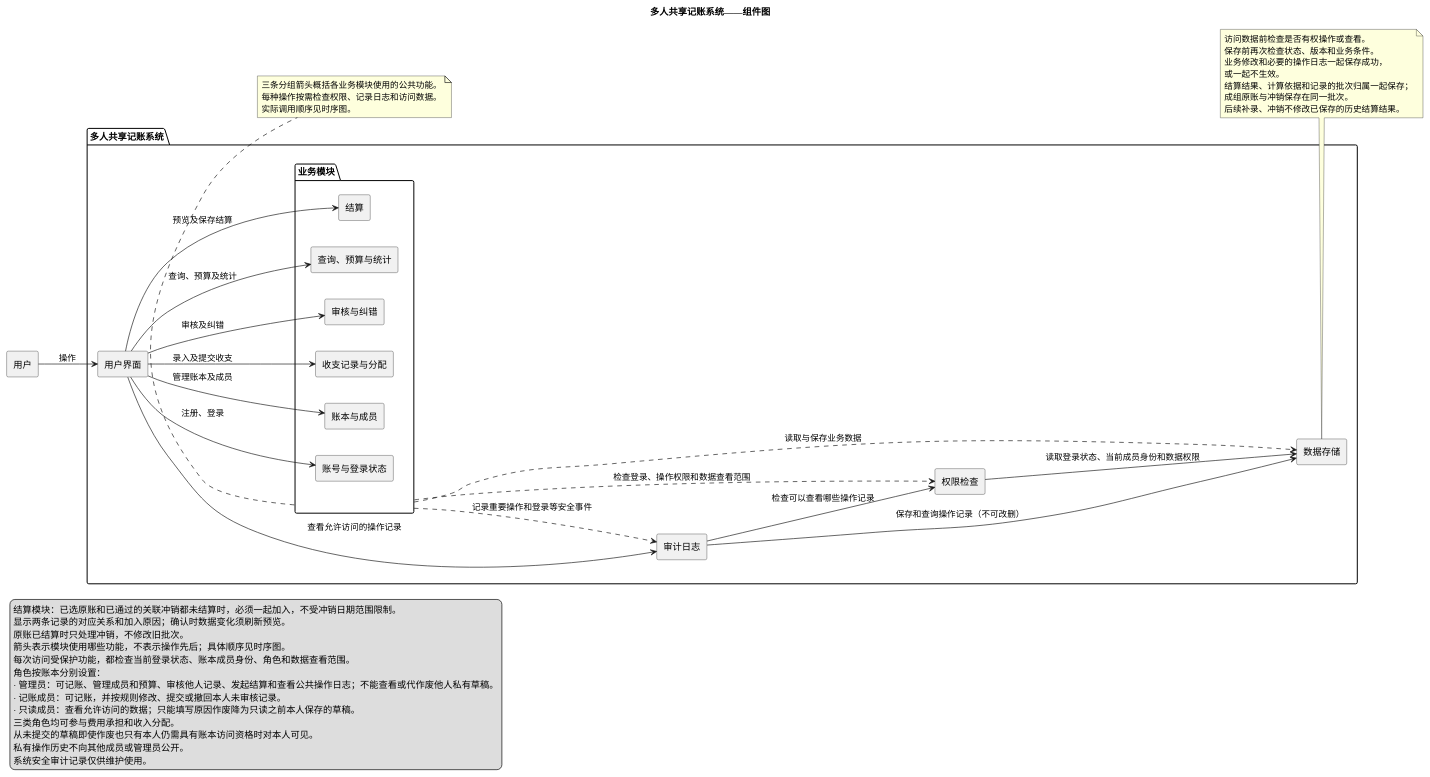
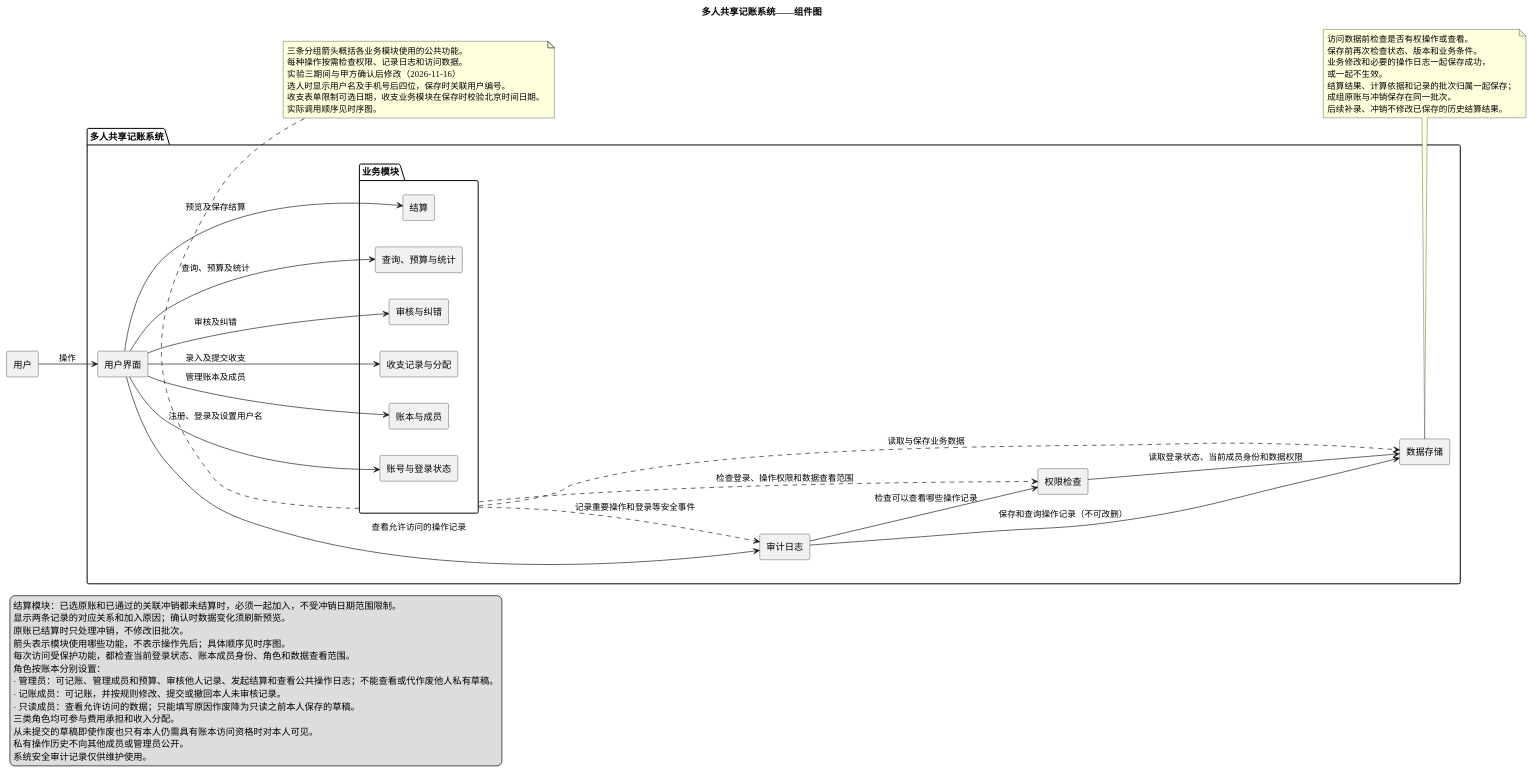
Before and after one commit to catherine0223/software-engineering-lab: the diagram in 实验2/UML/UML组件图.puml, drawn with PlantUML. The commit also changed 8 other files, not shown here.

```diff
--- a/实验2/UML/UML组件图.puml
+++ b/实验2/UML/UML组件图.puml
@@ -1,79 +1,82 @@
 @startuml
 title 多人共享记账系统——组件图
 left to right direction
 skinparam componentStyle rectangle
 skinparam defaultFontName Microsoft YaHei
 skinparam shadowing false
 skinparam nodesep 40
 skinparam ranksep 60
 
 rectangle "用户" as User
 
 package "多人共享记账系统" {
   component "用户界面" as UI
 
   package "业务模块" as Business {
     component "账号与登录状态" as Auth
     component "账本与成员" as Ledger
     component "收支记录与分配" as Entry
     component "审核与纠错" as Review
     component "查询、预算与统计" as Query
     component "结算" as Settlement
   }
 
   component "权限检查" as Permission
   component "审计日志" as Audit
   component "数据存储" as Storage
 }
 
 User --> UI : 操作
-UI --> Auth : 注册、登录
+UI --> Auth : 注册、登录及设置用户名
 UI --> Ledger : 管理账本及成员
 UI --> Entry : 录入及提交收支
 UI --> Review : 审核及纠错
 UI --> Query : 查询、预算及统计
 UI --> Settlement : 预览及保存结算
 UI --> Audit : 查看允许访问的操作记录
 
 Business ..> Permission : 检查登录、操作权限和数据查看范围
 Business ..> Audit : 记录重要操作和登录等安全事件
 Business ..> Storage : 读取与保存业务数据
 
 Audit --> Permission : 检查可以查看哪些操作记录
 
 Permission --> Storage : 读取登录状态、当前成员身份和数据权限
 Audit --> Storage : 保存和查询操作记录（不可改删）
 
 note bottom of Business
   三条分组箭头概括各业务模块使用的公共功能。
   每种操作按需检查权限、记录日志和访问数据。
+  实验三期间与甲方确认后修改（2026-11-16）
+  选人时显示用户名及手机号后四位，保存时关联用户编号。
+  收支表单限制可选日期，收支业务模块在保存时校验北京时间日期。
   实际调用顺序见时序图。
 end note
 
 note bottom of Storage
   访问数据前检查是否有权操作或查看。
   保存前再次检查状态、版本和业务条件。
   业务修改和必要的操作日志一起保存成功，
   或一起不生效。
   结算结果、计算依据和记录的批次归属一起保存；
   成组原账与冲销保存在同一批次。
   后续补录、冲销不修改已保存的历史结算结果。
 end note
 
 ' 实验二期间与甲方确认后的成组结算约束，2026-11-03
 legend bottom left
   结算模块：已选原账和已通过的关联冲销都未结算时，必须一起加入，不受冲销日期范围限制。
   显示两条记录的对应关系和加入原因；确认时数据变化须刷新预览。
   原账已结算时只处理冲销，不修改旧批次。
   箭头表示模块使用哪些功能，不表示操作先后；具体顺序见时序图。
   每次访问受保护功能，都检查当前登录状态、账本成员身份、角色和数据查看范围。
   角色按账本分别设置：
   · 管理员：可记账、管理成员和预算、审核他人记录、发起结算和查看公共操作日志；不能查看或代作废他人私有草稿。
   · 记账成员：可记账，并按规则修改、提交或撤回本人未审核记录。
   · 只读成员：查看允许访问的数据；只能填写原因作废降为只读之前本人保存的草稿。
   三类角色均可参与费用承担和收入分配。
   从未提交的草稿即使作废也只有本人仍需具有账本访问资格时对本人可见。
   私有操作历史不向其他成员或管理员公开。
   系统安全审计记录仅供维护使用。
 endlegend
 @enduml
```
